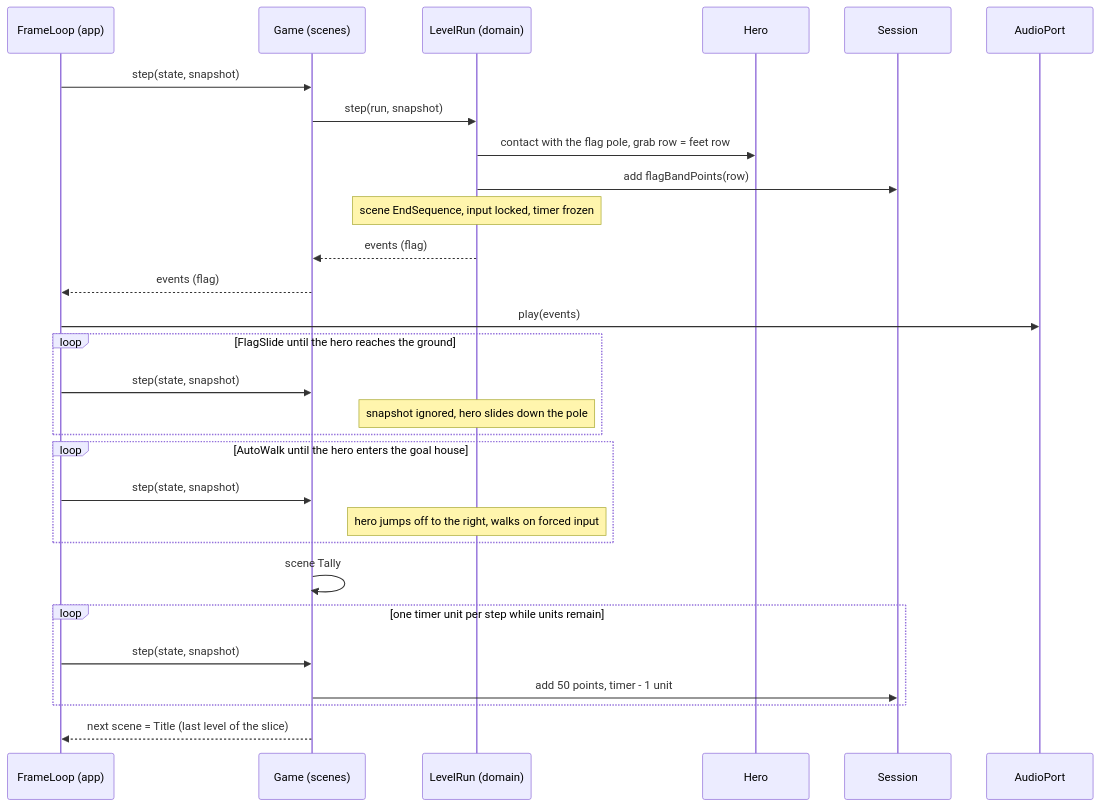
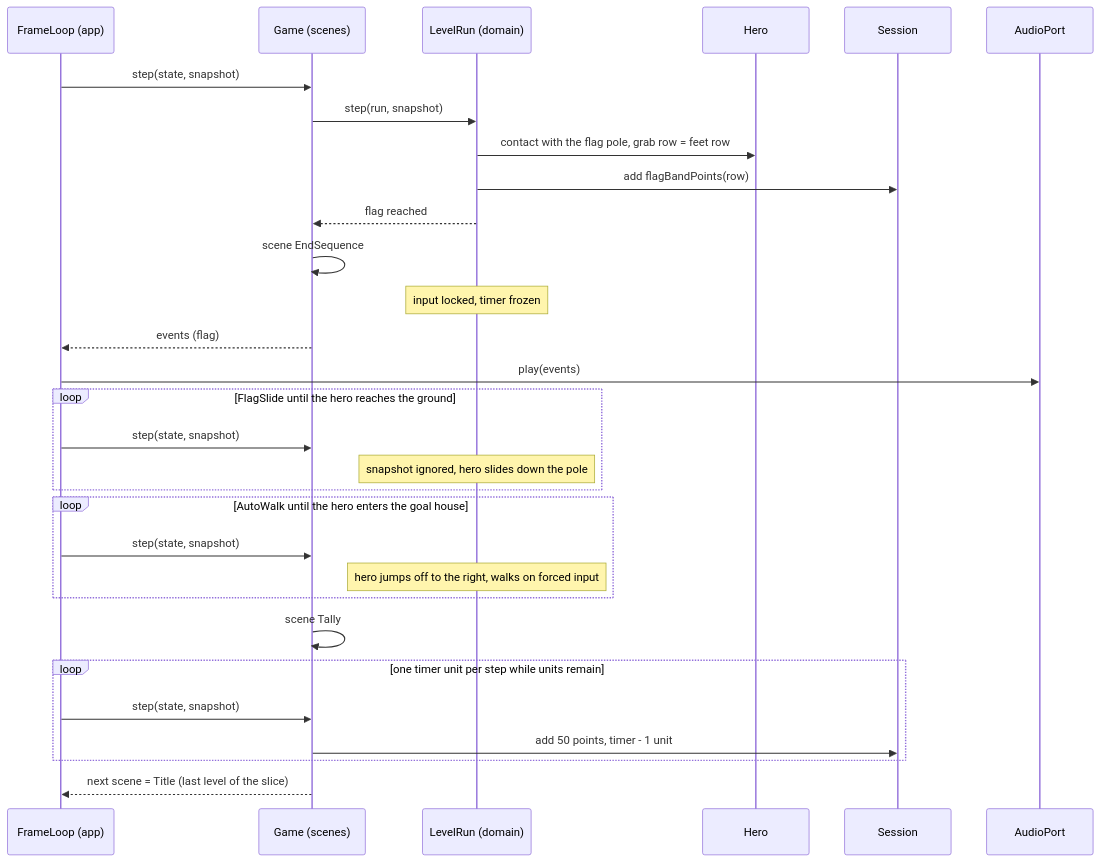
The diagram in docs/architecture/diagrams/gameplay/12-sequence-flag-tally.md (benoit-bremaud/retro-plumber), drawn with Mermaid before and after one commit. The commit also changed 2 other files, not shown here.

Commit message:
docs(uml): address sixth Codex review on sequences 12, 14 and D4 (#7)

````diff
--- a/docs/architecture/diagrams/gameplay/12-sequence-flag-tally.md
+++ b/docs/architecture/diagrams/gameplay/12-sequence-flag-tally.md
@@ -15,31 +15,32 @@
 ```mermaid
 sequenceDiagram
     participant FL as FrameLoop (app)
     participant G as Game (scenes)
     participant LR as LevelRun (domain)
     participant H as Hero
     participant Sess as Session
     participant Snd as AudioPort
     FL->>G: step(state, snapshot)
     G->>LR: step(run, snapshot)
     LR->>H: contact with the flag pole, grab row = feet row
     LR->>Sess: add flagBandPoints(row)
-    Note over LR: scene EndSequence, input locked, timer frozen
-    LR-->>G: events (flag)
+    LR-->>G: flag reached
+    G->>G: scene EndSequence
+    Note over LR: input locked, timer frozen
     G-->>FL: events (flag)
     FL->>Snd: play(events)
     loop FlagSlide until the hero reaches the ground
         FL->>G: step(state, snapshot)
         Note over LR: snapshot ignored, hero slides down the pole
     end
     loop AutoWalk until the hero enters the goal house
         FL->>G: step(state, snapshot)
         Note over LR: hero jumps off to the right, walks on forced input
     end
     G->>G: scene Tally
     loop one timer unit per step while units remain
         FL->>G: step(state, snapshot)
         G->>Sess: add 50 points, timer - 1 unit
     end
     G-->>FL: next scene = Title (last level of the slice)
 ```
````
